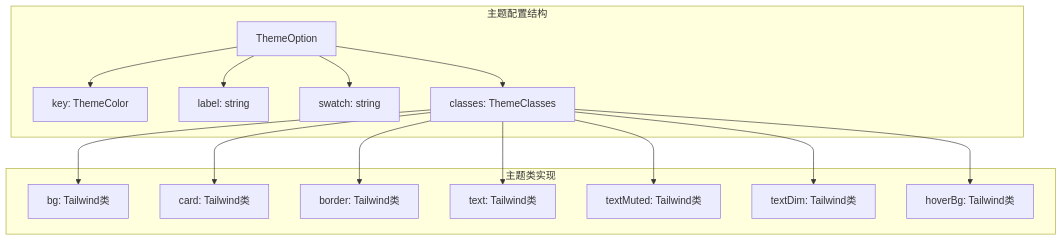
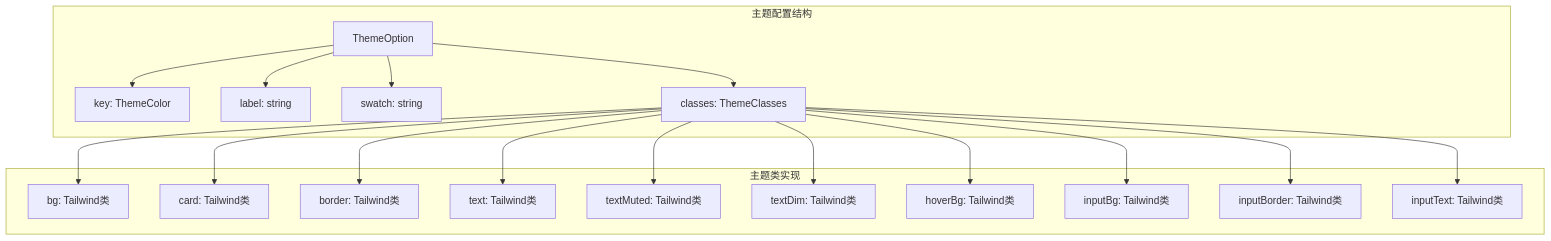
The ninth of 10 diagrams in .qoder/repowiki/zh/content/API参考手册/类型定义参考.md (remgasuki/ReDoPhoto), drawn with Mermaid before and after one commit. The commit also changed other lines of this file and 39 other files, not shown here.

````diff
--- a/.qoder/repowiki/zh/content/API参考手册/类型定义参考.md
+++ b/.qoder/repowiki/zh/content/API参考手册/类型定义参考.md
@@ -555,30 +516,36 @@
 ```mermaid
 graph TD
 subgraph "主题配置结构"
 ThemeOption[ThemeOption]
 Key[key: ThemeColor]
 Label[label: string]
 Swatch[swatch: string]
 Classes[classes: ThemeClasses]
 end
 subgraph "主题类实现"
 Bg[bg: Tailwind类]
 Card[card: Tailwind类]
 Border[border: Tailwind类]
 Text[text: Tailwind类]
 TextMuted[textMuted: Tailwind类]
 TextDim[textDim: Tailwind类]
 HoverBg[hoverBg: Tailwind类]
+InputBg[inputBg: Tailwind类]
+InputBorder[inputBorder: Tailwind类]
+InputText[inputText: Tailwind类]
 end
 ThemeOption --> Key
 ThemeOption --> Label
 ThemeOption --> Swatch
 ThemeOption --> Classes
 Classes --> Bg
 Classes --> Card
 Classes --> Border
 Classes --> Text
 Classes --> TextMuted
 Classes --> TextDim
 Classes --> HoverBg
+Classes --> InputBg
+Classes --> InputBorder
+Classes --> InputText
 ```
````
